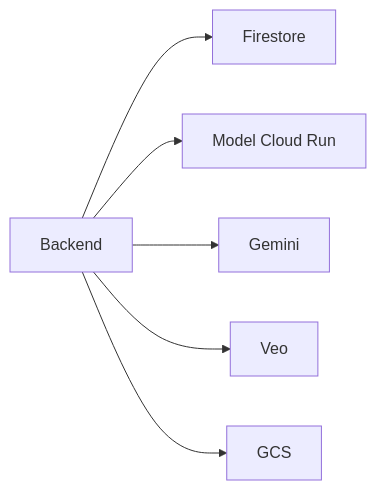
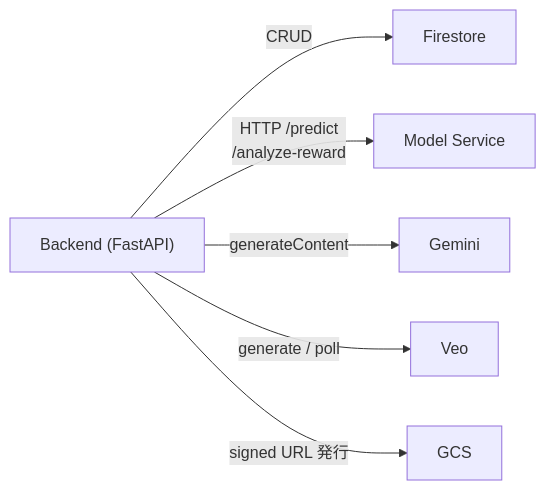
Before and after one commit to soy-sorce/tea-pillar: the second of 7 diagrams in docs/ja/Backend_Design.md, drawn with Mermaid. The commit also changed other lines of this file and 4 other files, not shown here.

````diff
--- a/docs/ja/Backend_Design.md
+++ b/docs/ja/Backend_Design.md
@@ -168,14 +164,15 @@
 ```mermaid
 graph LR
-    BE["Backend"]
+    BE["Backend (FastAPI)"]
     FS["Firestore"]
-    MS["Model Cloud Run"]
+    MS["Model Service"]
     GM["Gemini"]
     VEO["Veo"]
     GCS["GCS"]
-    BE --> FS
-    BE --> MS
-    BE --> GM
-    BE --> VEO
-    BE --> GCS
+
+    BE -->|"CRUD"| FS
+    BE -->|"HTTP /predict\n/analyze-reward"| MS
+    BE -->|"generateContent"| GM
+    BE -->|"generate / poll"| VEO
+    BE -->|"signed URL 発行"| GCS
 ```
````
